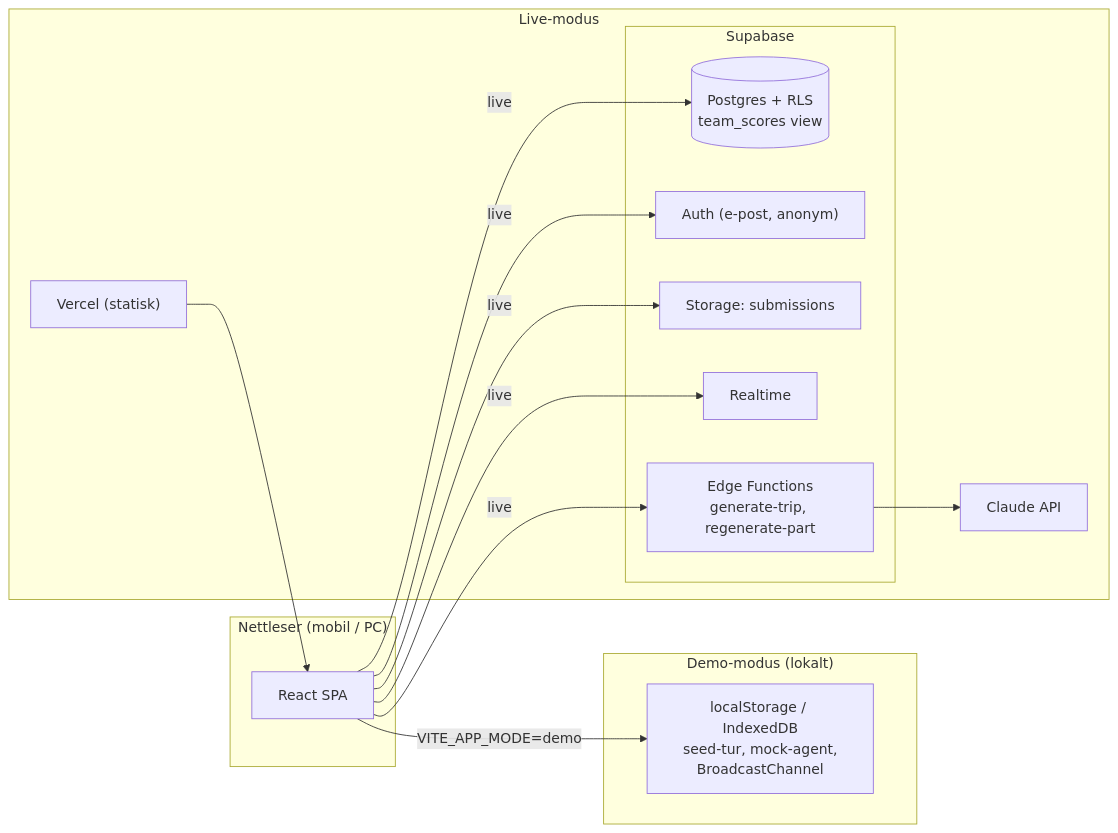
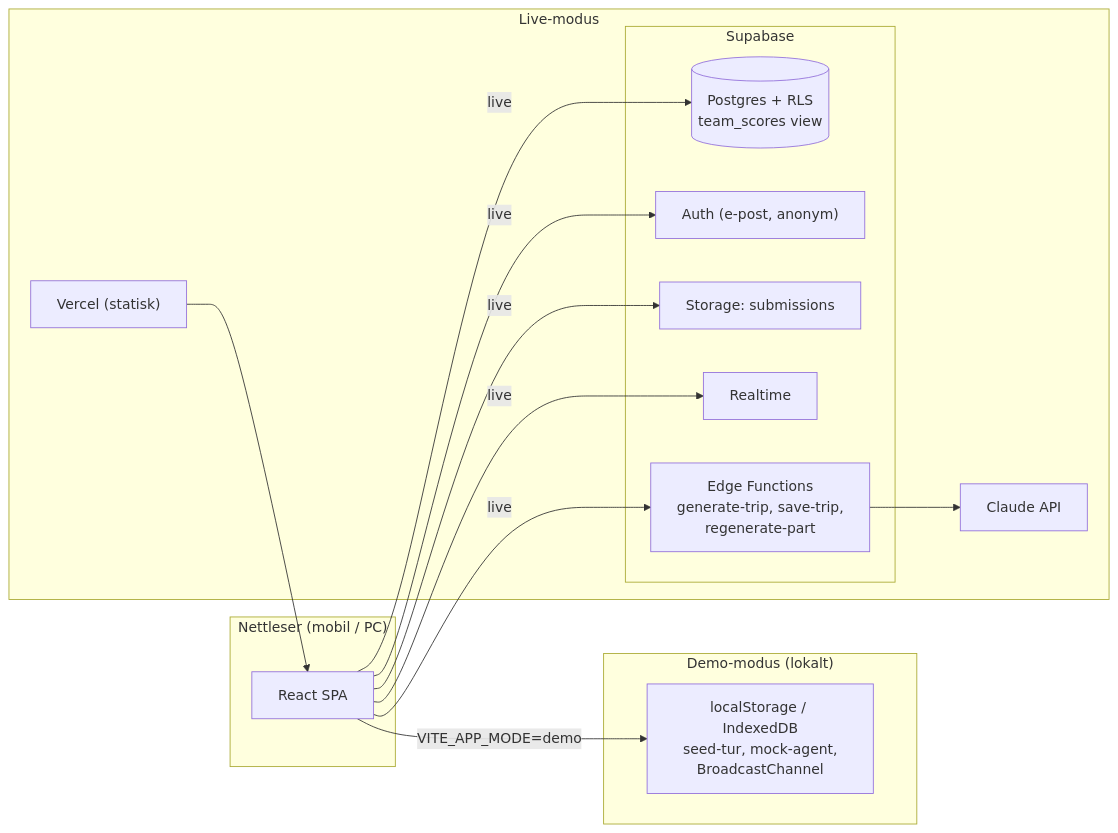
Before and after one commit to IBE160-2026/G128-johansen-rena: the third of 3 diagrams in planning-artifacts/architecture/architecture-G128-johansen-rena-2026-10-28/ARCHITECTURE-SPINE.md, drawn with Mermaid. The commit also changed other lines of this file and 15 other files, not shown here.

````diff
--- a/planning-artifacts/architecture/architecture-G128-johansen-rena-2026-10-28/ARCHITECTURE-SPINE.md
+++ b/planning-artifacts/architecture/architecture-G128-johansen-rena-2026-10-28/ARCHITECTURE-SPINE.md
@@ -225,24 +233,24 @@
 ```mermaid
 flowchart LR
   subgraph Klient["Nettleser (mobil / PC)"]
     SPA["React SPA"]
   end
   subgraph Demo["Demo-modus (lokalt)"]
     LS["localStorage / IndexedDB<br/>seed-tur, mock-agent,<br/>BroadcastChannel"]
   end
   subgraph Live["Live-modus"]
     V["Vercel (statisk)"]
     subgraph SB["Supabase"]
       DB[("Postgres + RLS<br/>team_scores view")]
       AU["Auth (e-post, anonym)"]
       ST["Storage: submissions"]
       RT["Realtime"]
-      EF["Edge Functions<br/>generate-trip, regenerate-part"]
+      EF["Edge Functions<br/>generate-trip, save-trip,<br/>regenerate-part"]
     end
     C["Claude API"]
   end
   SPA -- VITE_APP_MODE=demo --> LS
   V --> SPA
   SPA -- live --> DB & AU & ST & RT & EF
   EF --> C
 ```
````
